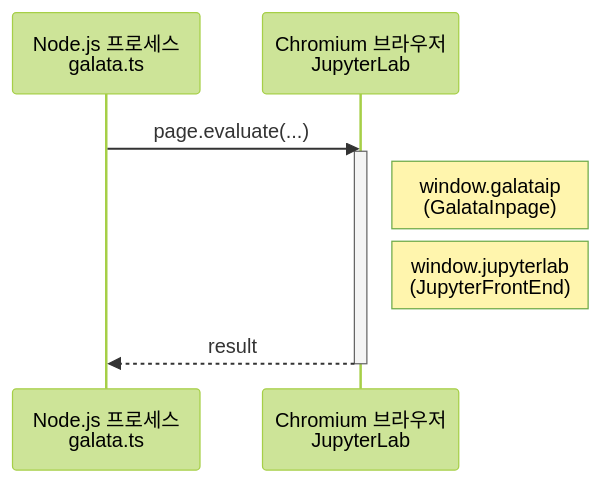
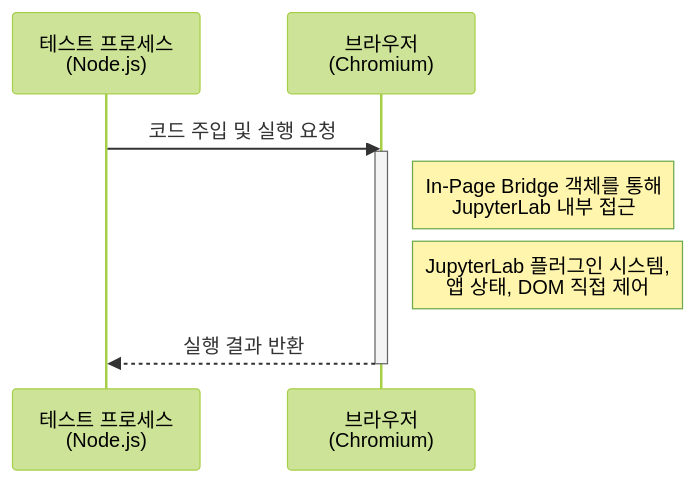
One commit to lks21c/galata changed the third of 7 diagrams in docs/galata-technical-overview.md. Above: the diagram before and after it, drawn with Mermaid (forest theme). The commit also changed other lines of this file, not shown here.

````diff
--- a/docs/galata-technical-overview.md
+++ b/docs/galata-technical-overview.md
@@ -189,12 +130,12 @@
 ```mermaid
 sequenceDiagram
-    participant Node as Node.js 프로세스<br/>galata.ts
-    participant Browser as Chromium 브라우저<br/>JupyterLab
+    participant Node as 테스트 프로세스<br/>(Node.js)
+    participant Browser as 브라우저<br/>(Chromium)
 
-    Node->>Browser: page.evaluate(...)
+    Node->>Browser: 코드 주입 및 실행 요청
     activate Browser
-    Note right of Browser: window.galataip<br/>(GalataInpage)
-    Note right of Browser: window.jupyterlab<br/>(JupyterFrontEnd)
-    Browser-->>Node: result
+    Note right of Browser: In-Page Bridge 객체를 통해<br/>JupyterLab 내부 접근
+    Note right of Browser: JupyterLab 플러그인 시스템,<br/>앱 상태, DOM 직접 제어
+    Browser-->>Node: 실행 결과 반환
     deactivate Browser
 ```
````
